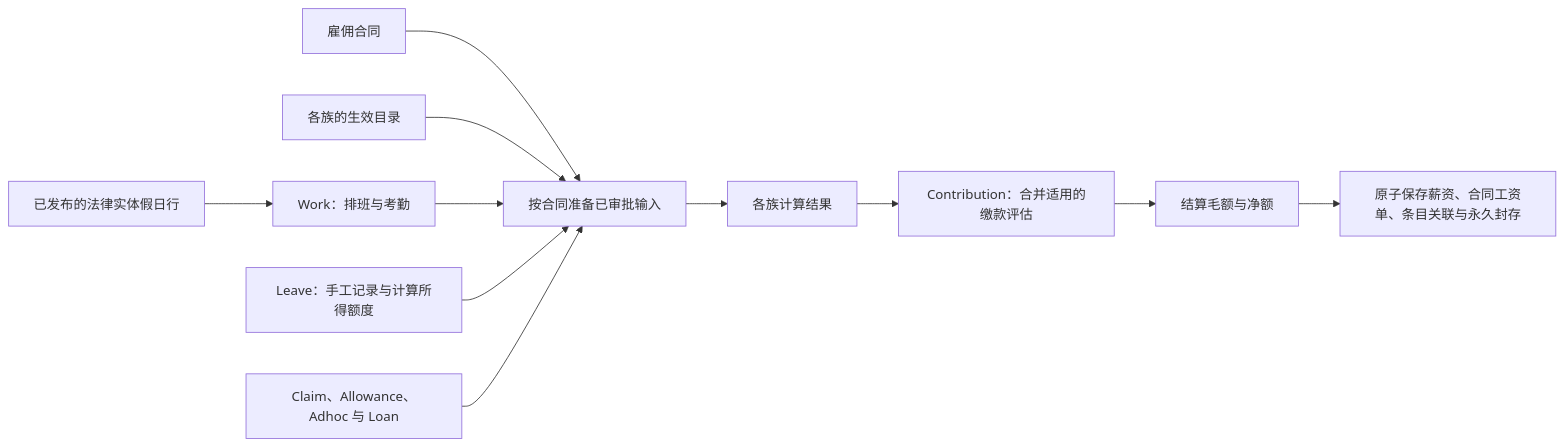
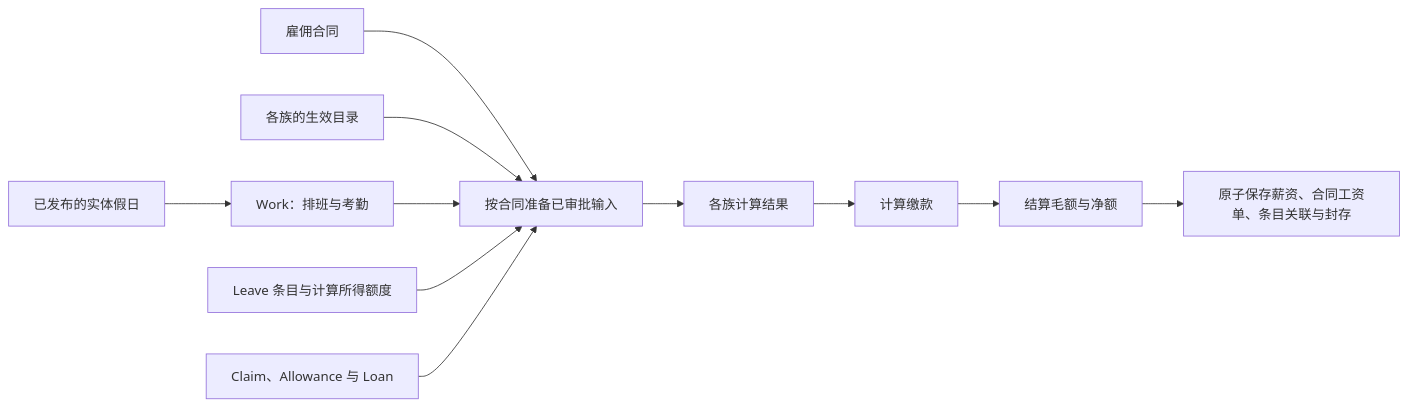
The diagram in hr-payroll/README.zh.md (norbital-ai/templates), drawn with Mermaid before and after one commit. The commit also changed other lines of this file and 599 other files, not shown here.

````diff
--- a/hr-payroll/README.zh.md
+++ b/hr-payroll/README.zh.md
@@ -13,13 +13,13 @@
 ```mermaid
 flowchart LR
     Contract[雇佣合同] --> Prepare[按合同准备已审批输入]
     Catalog[各族的生效目录] --> Prepare
-    Holidays[已发布的法律实体假日行] --> Work[Work：排班与考勤]
+    Holidays[已发布的实体假日] --> Work[Work：排班与考勤]
     Work --> Prepare
-    Leave[Leave：手工记录与计算所得额度] --> Prepare
-    Money[Claim、Allowance、Adhoc 与 Loan] --> Prepare
+    Leave[Leave 条目与计算所得额度] --> Prepare
+    Money[Claim、Allowance 与 Loan] --> Prepare
     Prepare --> Calculate[各族计算结果]
-    Calculate --> Contribution[Contribution：合并适用的缴款评估]
+    Calculate --> Contribution[计算缴款]
     Contribution --> Settle[结算毛额与净额]
-    Settle --> Commit[原子保存薪资、合同工资单、条目关联与永久封存]
+    Settle --> Commit[原子保存薪资、合同工资单、条目关联与封存]
 ```
````
